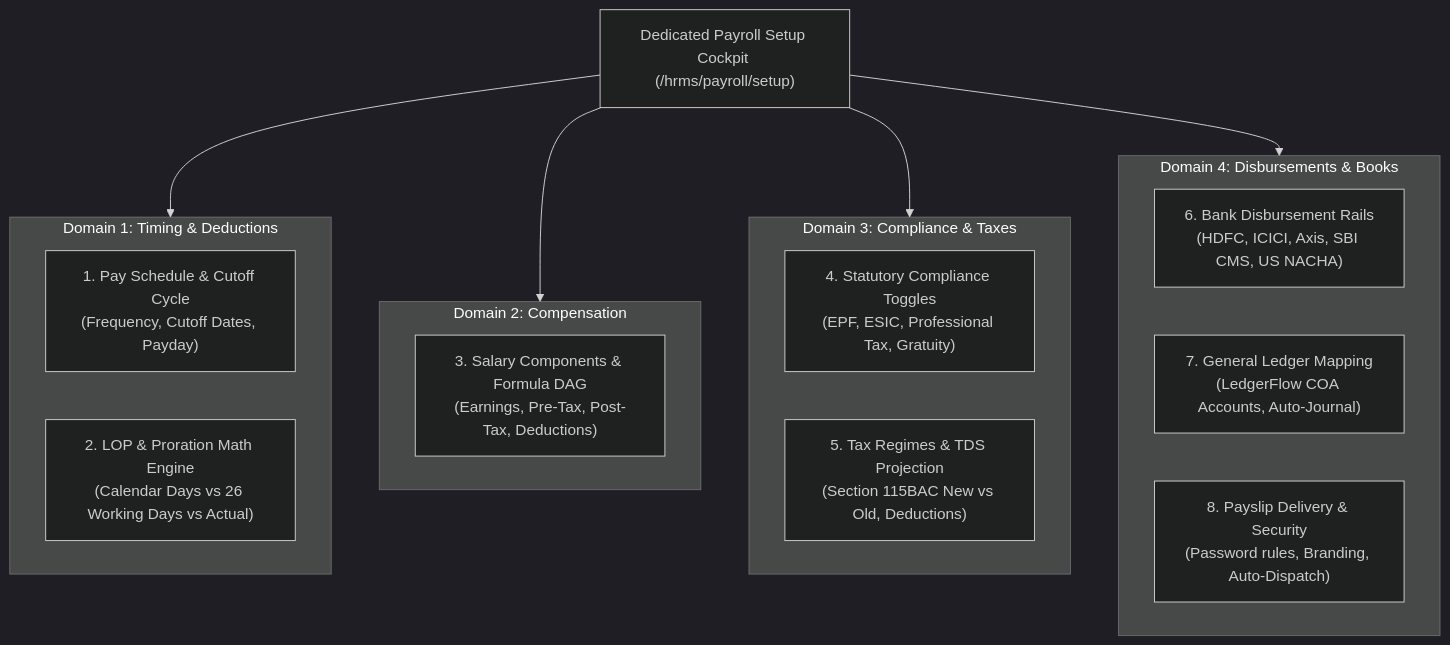
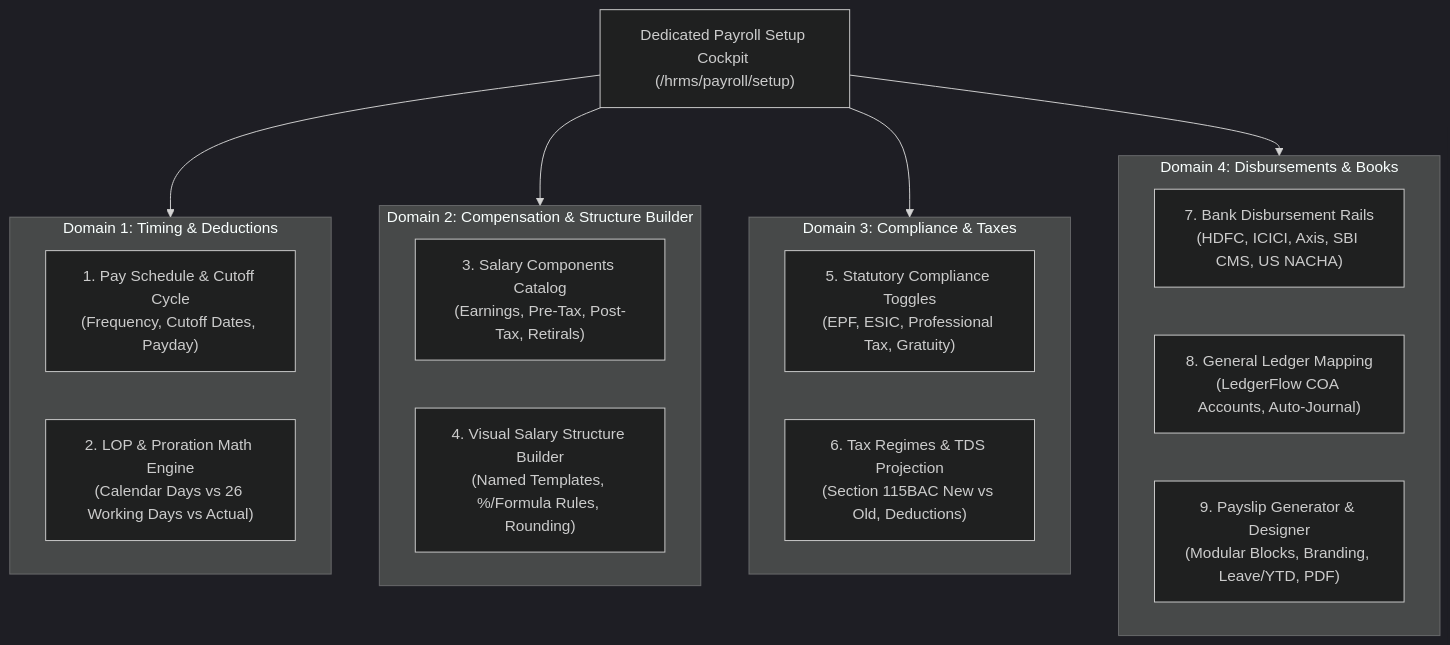
The first of 5 diagrams in research/final_modules/hrms/04_payroll_engine_and_statutory_rules.md (innostes-dev/erp), drawn with Mermaid (dark theme) before and after one commit. The commit also changed other lines of this file and 2 other files, not shown here.

Commit message:
feat(payroll): formulate dynamic salary structure builder, customizable component DAG, and visual payslip designer

````diff
--- a/research/final_modules/hrms/04_payroll_engine_and_statutory_rules.md
+++ b/research/final_modules/hrms/04_payroll_engine_and_statutory_rules.md
@@ -33,29 +33,30 @@
 ```mermaid
 flowchart TD
     Setup["Dedicated Payroll Setup Cockpit (/hrms/payroll/setup)"]
     
     subgraph D1["Domain 1: Timing & Deductions"]
         T1["1. Pay Schedule & Cutoff Cycle<br/>(Frequency, Cutoff Dates, Payday)"]
         T2["2. LOP & Proration Math Engine<br/>(Calendar Days vs 26 Working Days vs Actual)"]
     end
 
-    subgraph D2["Domain 2: Compensation"]
-        T3["3. Salary Components & Formula DAG<br/>(Earnings, Pre-Tax, Post-Tax, Deductions)"]
+    subgraph D2["Domain 2: Compensation & Structure Builder"]
+        T3["3. Salary Components Catalog<br/>(Earnings, Pre-Tax, Post-Tax, Retirals)"]
+        T4["4. Visual Salary Structure Builder<br/>(Named Templates, %/Formula Rules, Rounding)"]
     end
 
     subgraph D3["Domain 3: Compliance & Taxes"]
-        T4["4. Statutory Compliance Toggles<br/>(EPF, ESIC, Professional Tax, Gratuity)"]
-        T5["5. Tax Regimes & TDS Projection<br/>(Section 115BAC New vs Old, Deductions)"]
+        T5["5. Statutory Compliance Toggles<br/>(EPF, ESIC, Professional Tax, Gratuity)"]
+        T6["6. Tax Regimes & TDS Projection<br/>(Section 115BAC New vs Old, Deductions)"]
     end
 
     subgraph D4["Domain 4: Disbursements & Books"]
-        T6["6. Bank Disbursement Rails<br/>(HDFC, ICICI, Axis, SBI CMS, US NACHA)"]
-        T7["7. General Ledger Mapping<br/>(LedgerFlow COA Accounts, Auto-Journal)"]
-        T8["8. Payslip Delivery & Security<br/>(Password rules, Branding, Auto-Dispatch)"]
+        T7["7. Bank Disbursement Rails<br/>(HDFC, ICICI, Axis, SBI CMS, US NACHA)"]
+        T8["8. General Ledger Mapping<br/>(LedgerFlow COA Accounts, Auto-Journal)"]
+        T9["9. Payslip Generator & Designer<br/>(Modular Blocks, Branding, Leave/YTD, PDF)"]
     end
 
     Setup --> D1
     Setup --> D2
     Setup --> D3
     Setup --> D4
 ```
````
